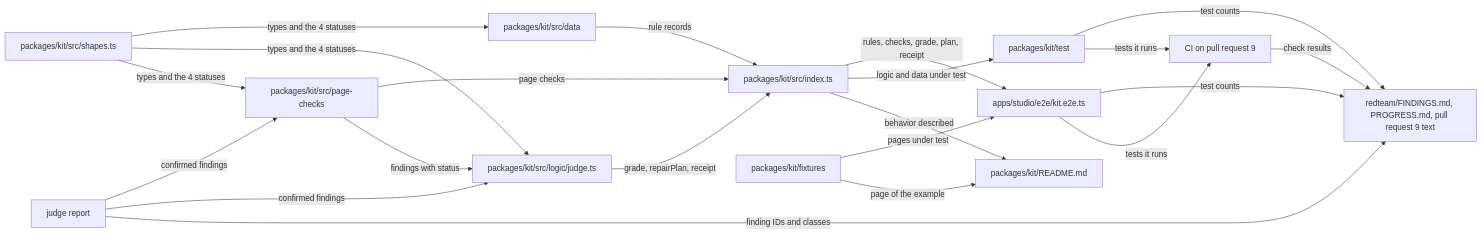
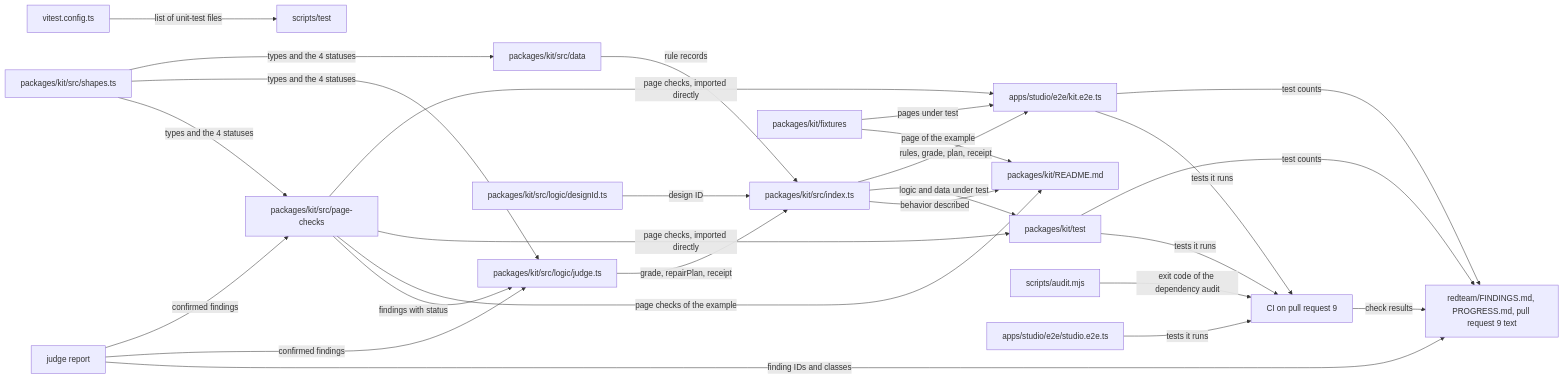
The diagram in hinshitsu/kit-repairs/CONNECTIONS.md (CatCorner22/Devin_Frontend), drawn with Mermaid before and after one commit. The commit also changed other lines of this file and 1 other file, not shown here.

Commit message:
Hinshitsu record: the framework and the connection map name every part of WU-1 (drift audit, findings 5 to 9)

````diff
--- a/hinshitsu/kit-repairs/CONNECTIONS.md
+++ b/hinshitsu/kit-repairs/CONNECTIONS.md
@@ -7,23 +7,29 @@
 ```mermaid
 graph LR
   SHAPES["packages/kit/src/shapes.ts"] -->|types and the 4 statuses| DATA["packages/kit/src/data"]
   SHAPES -->|types and the 4 statuses| LOGIC["packages/kit/src/logic/judge.ts"]
   SHAPES -->|types and the 4 statuses| CHECKS["packages/kit/src/page-checks"]
   DATA -->|rule records| INDEX["packages/kit/src/index.ts"]
-  CHECKS -->|page checks| INDEX
+  CHECKS -->|page checks, imported directly| E2E
+  CHECKS -->|page checks, imported directly| UNIT
+  CHECKS -->|page checks of the example| README
+  DESIGNID["packages/kit/src/logic/designId.ts"] -->|design ID| INDEX
+  AUDIT["scripts/audit.mjs"] -->|exit code of the dependency audit| CI
+  VITEST["vitest.config.ts"] -->|list of unit-test files| AUDITTEST["scripts/test"]
+  STUDIOE2E["apps/studio/e2e/studio.e2e.ts"] -->|tests it runs| CI
   LOGIC -->|grade, repairPlan, receipt| INDEX
   CHECKS -->|findings with status| LOGIC
-  INDEX -->|rules, checks, grade, plan, receipt| E2E["apps/studio/e2e/kit.e2e.ts"]
+  INDEX -->|rules, grade, plan, receipt| E2E["apps/studio/e2e/kit.e2e.ts"]
   FIX["packages/kit/fixtures"] -->|pages under test| E2E
   INDEX -->|logic and data under test| UNIT["packages/kit/test"]
   INDEX -->|behavior described| README["packages/kit/README.md"]
   FIX -->|page of the example| README
   JUDGE["judge report"] -->|confirmed findings| CHECKS
   JUDGE -->|confirmed findings| LOGIC
   JUDGE -->|finding IDs and classes| RECORDS["redteam/FINDINGS.md, PROGRESS.md, pull request 9 text"]
   E2E -->|test counts| RECORDS
   UNIT -->|test counts| RECORDS
   CI["CI on pull request 9"] -->|check results| RECORDS
   E2E -->|tests it runs| CI
   UNIT -->|tests it runs| CI
 ```
````
